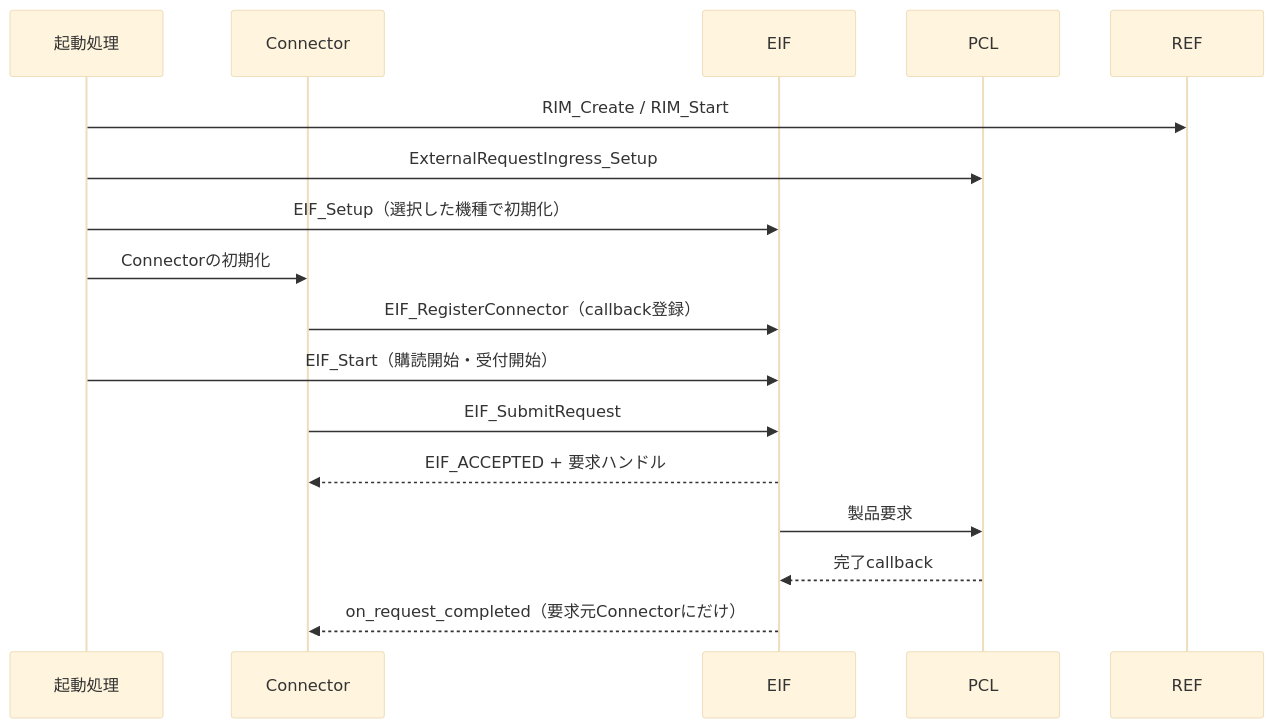
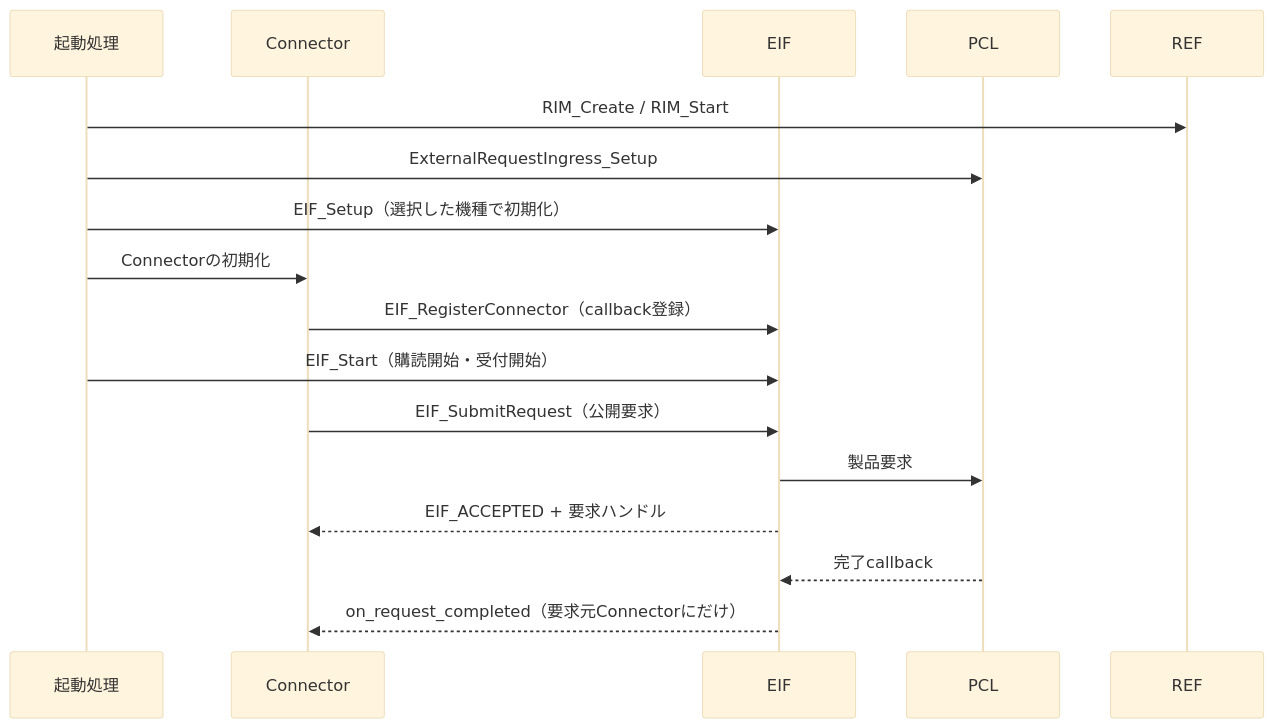
Before and after one commit to ceedling-vxworks-test-generator/EIF-design: the second of 8 diagrams in 03.EIF設計/設計/仕様設計書.md, drawn with Mermaid (base theme). The commit also changed other lines of this file and 14 other files, not shown here.

First line of the commit message:
仕様設計DRの指摘を反映（仕様設計書・詳細設計書 0.02）、詳細構成図を追加

````diff
--- a/03.EIF設計/設計/仕様設計書.md
+++ b/03.EIF設計/設計/仕様設計書.md
@@ -264,19 +271,19 @@
 ```mermaid
 sequenceDiagram
     participant Main as 起動処理
     participant Con as Connector
     participant EIF as EIF
     participant PCL as PCL
     participant REF as REF
     Main->>REF: RIM_Create / RIM_Start
     Main->>PCL: ExternalRequestIngress_Setup
     Main->>EIF: EIF_Setup（選択した機種で初期化）
     Main->>Con: Connectorの初期化
     Con->>EIF: EIF_RegisterConnector（callback登録）
     Main->>EIF: EIF_Start（購読開始・受付開始）
-    Con->>EIF: EIF_SubmitRequest
+    Con->>EIF: EIF_SubmitRequest（公開要求）
+    EIF->>PCL: 製品要求
     EIF-->>Con: EIF_ACCEPTED + 要求ハンドル
-    EIF->>PCL: 製品要求
     PCL-->>EIF: 完了callback
     EIF-->>Con: on_request_completed（要求元Connectorにだけ）
 ```
````
